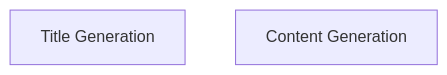
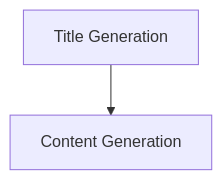
One commit to LeelaKarthik-26/Agentic-Blog-Generation changed the first of 2 diagrams in README.md. Above: the diagram before and after it, drawn with Mermaid.

Commit message:
agent graph readme update

````diff
--- a/README.md
+++ b/README.md
@@ -51,5 +51,4 @@
 ```mermaid
 flowchart TD
-    A[Title Generation]
-    B[Content Generation]
+    A[Title Generation] --> B[Content Generation]
 ```
````
